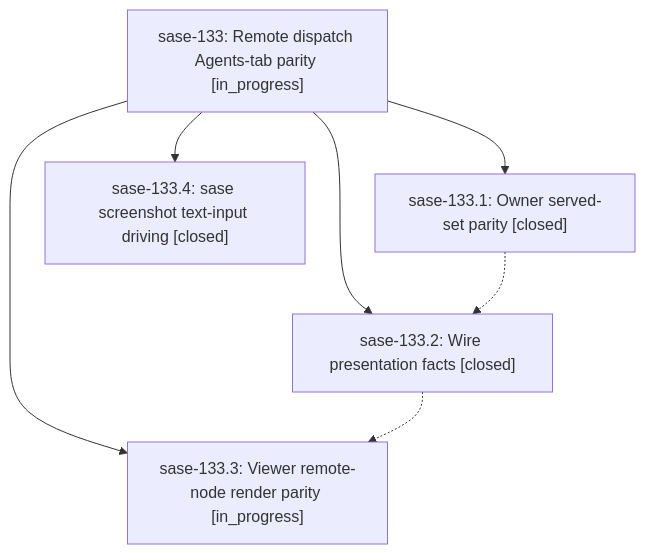
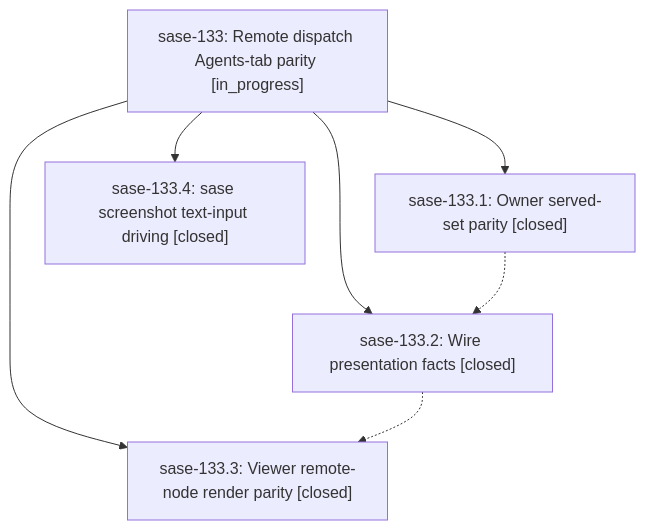
One commit to sase-org/sase--beads changed the diagram in pages/sase-133/README.md. Above: the diagram before and after it, drawn with Mermaid. The commit also changed other lines of this file and 2 other files, not shown here.

First line of the commit message:
chore(beads): sync bead state and pages for sase-133

````diff
--- a/pages/sase-133/README.md
+++ b/pages/sase-133/README.md
@@ -37,14 +37,14 @@
 ```mermaid
 flowchart TD
     n0["sase-133: Remote dispatch Agents-tab parity [in_progress]"]
     n1["sase-133.1: Owner served-set parity [closed]"]
     n2["sase-133.2: Wire presentation facts [closed]"]
-    n3["sase-133.3: Viewer remote-node render parity [in_progress]"]
+    n3["sase-133.3: Viewer remote-node render parity [closed]"]
     n4["sase-133.4: sase screenshot text-input driving [closed]"]
     n0 --> n1
     n0 --> n2
     n0 --> n3
     n0 --> n4
     n1 -.-> n2
     n2 -.-> n3
 ```
````
